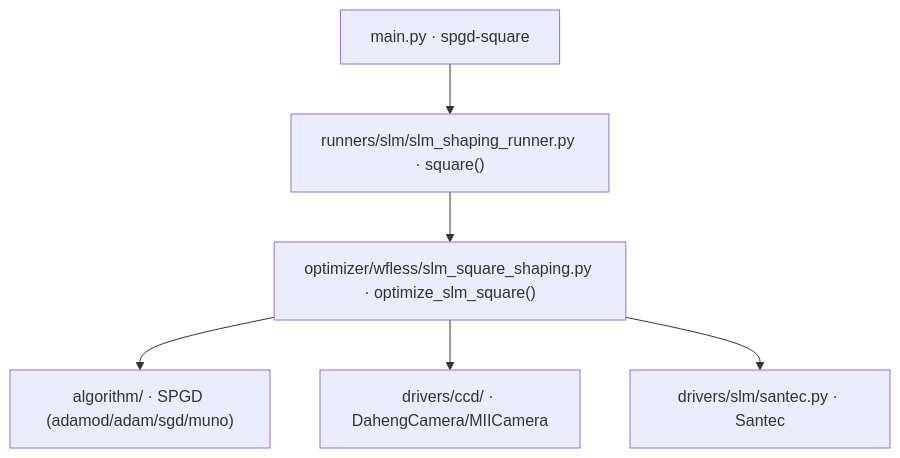
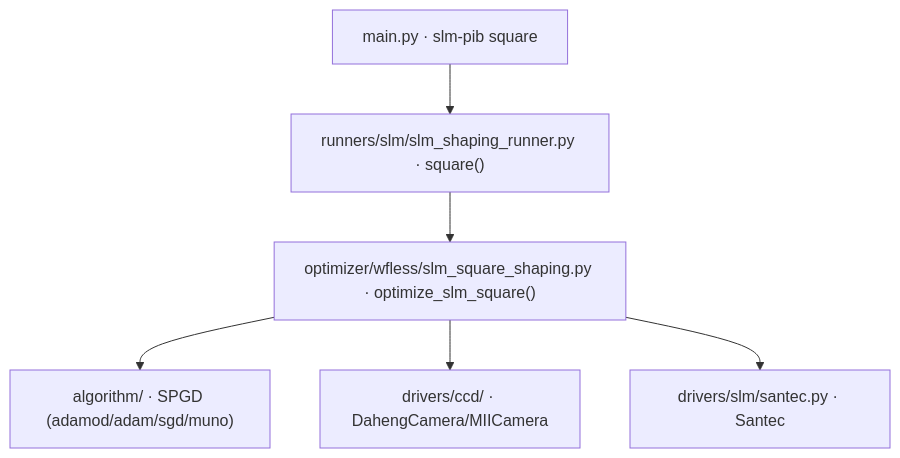
One commit to ywzhang909/AO-shaping changed the diagram in docs/slm/spgd_square.md. Above: the diagram before and after it, drawn with Mermaid. The commit also changed other lines of this file and 2 other files, not shown here.

First line of the commit message:
docs(cli): align the remaining CLI-inventory docs with the 19-command truth

````diff
--- a/docs/slm/spgd_square.md
+++ b/docs/slm/spgd_square.md
@@ -21,15 +21,15 @@
 ```mermaid
 graph TD
-    CLI["main.py · spgd-square"]
+    CLI["main.py · slm-pib square"]
     RUN["runners/slm/slm_shaping_runner.py · square()"]
     OPT["optimizer/wfless/slm_square_shaping.py · optimize_slm_square()"]
     ALG["algorithm/ · SPGD (adamod/adam/sgd/muno)"]
     CCD["drivers/ccd/ · DahengCamera/MIICamera"]
     SLM["drivers/slm/santec.py · Santec"]
     
     CLI --> RUN
     RUN --> OPT
     OPT --> ALG
     OPT --> CCD
     OPT --> SLM
 ```
````
